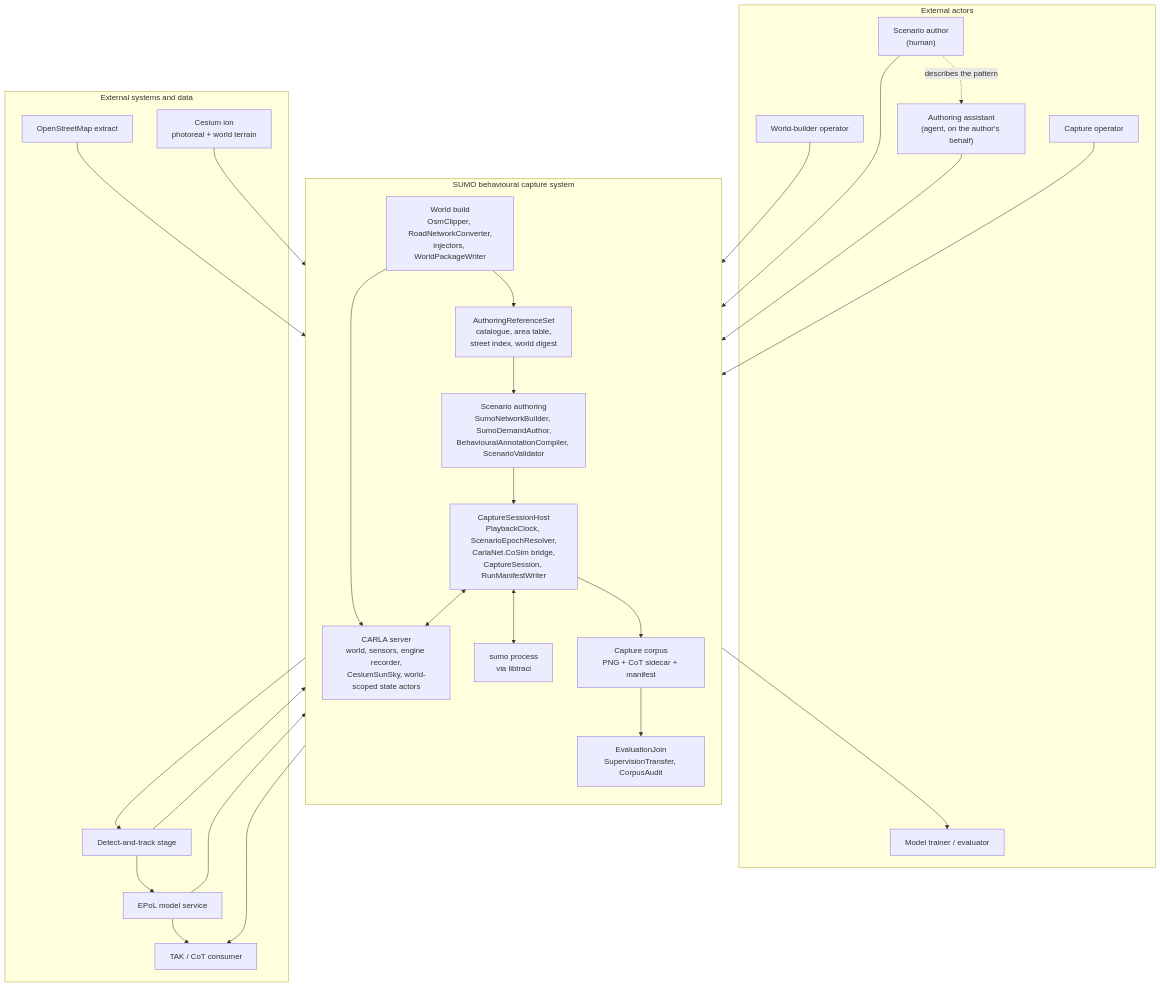
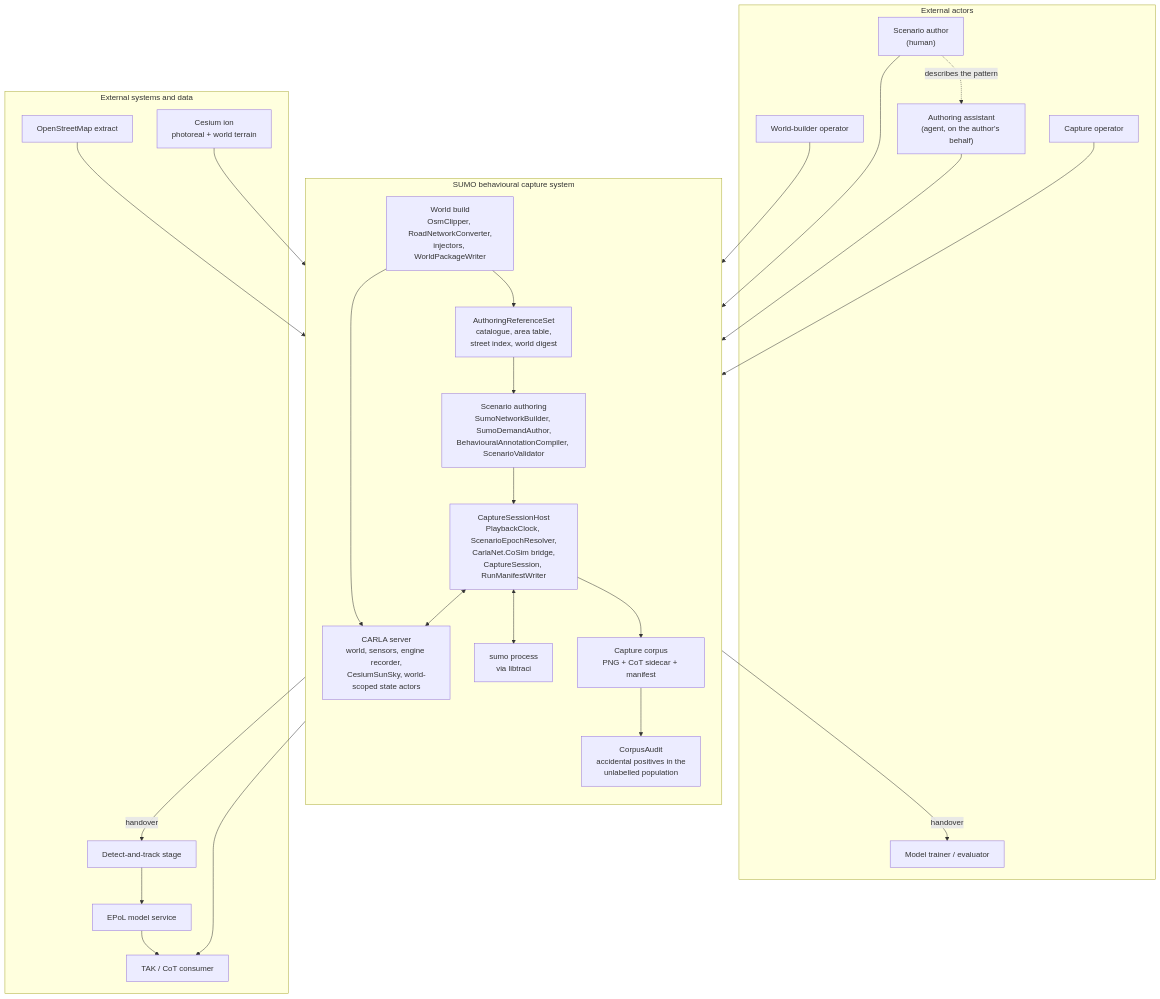
One commit to sbrett9/carla changed the first of 8 diagrams in Docs/CAT_Research/Plans/SUMO_Behavioral_Capture/01_Architecture.md. Above: the diagram before and after it, drawn with Mermaid. The commit also changed other lines of this file and 10 other files, not shown here.

````diff
--- a/Docs/CAT_Research/Plans/SUMO_Behavioral_Capture/01_Architecture.md
+++ b/Docs/CAT_Research/Plans/SUMO_Behavioral_Capture/01_Architecture.md
@@ -59,53 +80,51 @@
 ```mermaid
 flowchart TB
     subgraph actors["External actors"]
         AUTH["Scenario author<br/>(human)"]
         ASSIST["Authoring assistant<br/>(agent, on the author's behalf)"]
         WOP["World-builder operator"]
         COP["Capture operator"]
         EVAL["Model trainer / evaluator"]
     end
 
     subgraph ext["External systems and data"]
         OSM["OpenStreetMap extract"]
         ION["Cesium ion<br/>photoreal + world terrain"]
         TAK["TAK / CoT consumer"]
         EPOL["EPoL model service"]
         DAT["Detect-and-track stage"]
     end
 
     subgraph sys["SUMO behavioural capture system"]
         direction TB
         WB["World build<br/>OsmClipper, RoadNetworkConverter,<br/>injectors, WorldPackageWriter"]
         AR["AuthoringReferenceSet<br/>catalogue, area table,<br/>street index, world digest"]
         SA["Scenario authoring<br/>SumoNetworkBuilder, SumoDemandAuthor,<br/>BehaviouralAnnotationCompiler, ScenarioValidator"]
         CS["CaptureSessionHost<br/>PlaybackClock, ScenarioEpochResolver,<br/>CarlaNet.CoSim bridge,<br/>CaptureSession, RunManifestWriter"]
         SUMO["sumo process<br/>via libtraci"]
         SRV["CARLA server<br/>world, sensors, engine recorder,<br/>CesiumSunSky, world-scoped state actors"]
         CORP["Capture corpus<br/>PNG + CoT sidecar + manifest"]
-        EJ["EvaluationJoin<br/>SupervisionTransfer, CorpusAudit"]
+        CAUD["CorpusAudit<br/>accidental positives in the<br/>unlabelled population"]
     end
 
     OSM --> WB
     ION --> WB
     WOP --> WB
     WB --> AR
     WB --> SRV
     AR --> SA
     AUTH --> SA
     ASSIST --> SA
     AUTH -. "describes the pattern" .-> ASSIST
     SA --> CS
     COP --> CS
     CS <--> SUMO
     CS <--> SRV
     CS --> CORP
     CS --> TAK
-    CORP --> DAT
+    CORP --> CAUD
+    CORP -->|"handover"| DAT
+    CORP -->|"handover"| EVAL
     DAT --> EPOL
-    DAT --> EJ
-    CORP --> EJ
-    EPOL --> EJ
-    EJ --> EVAL
     EPOL --> TAK
 ```
````
